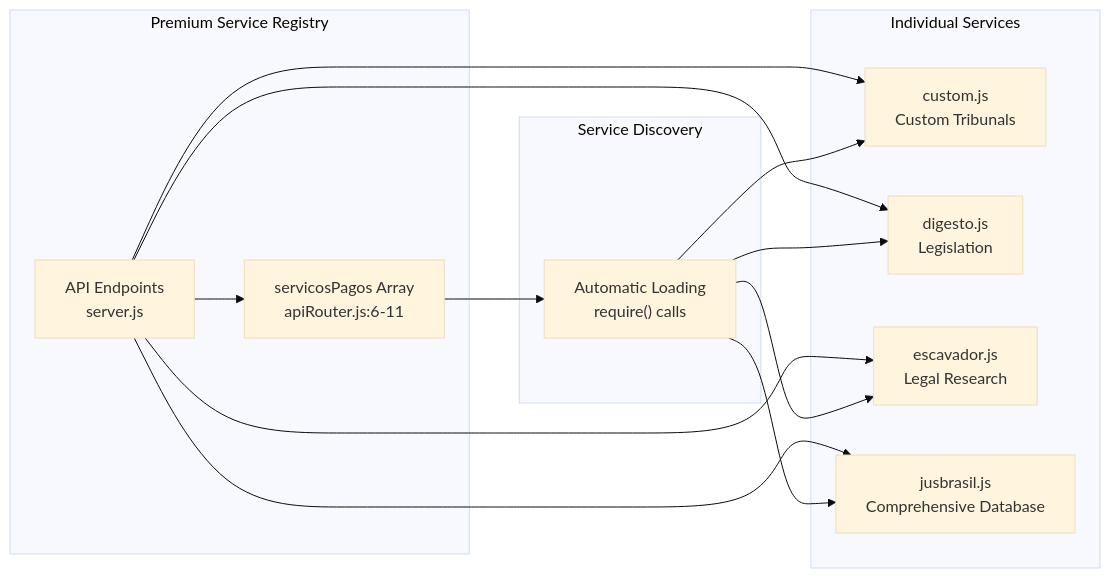
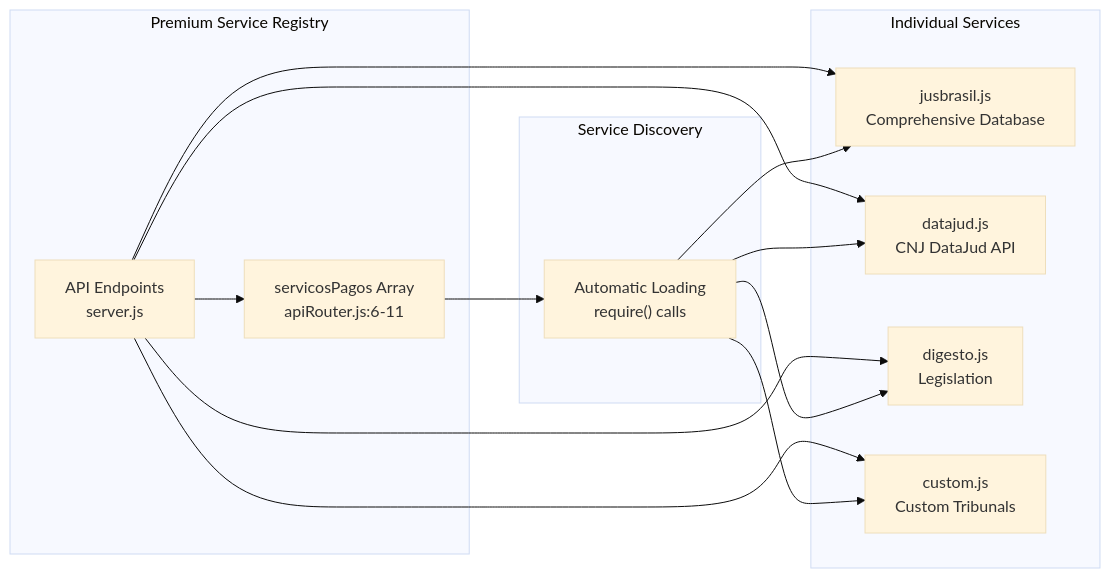
One commit to Alexandrexicara/bot-processos changed the eighth of 16 diagrams in .qoder/repowiki/en/content/API Integration Layer/API Integration Layer.md. Above: the diagram before and after it, drawn with Mermaid (base theme). The commit also changed other lines of this file and 10 other files, not shown here.

````diff
--- a/.qoder/repowiki/en/content/API Integration Layer/API Integration Layer.md
+++ b/.qoder/repowiki/en/content/API Integration Layer/API Integration Layer.md
@@ -474,26 +457,26 @@
 ```mermaid
 graph LR
 subgraph "Premium Service Registry"
 REGISTRY["servicosPagos Array<br/>apiRouter.js:6-11"]
 ENDPOINT["API Endpoints<br/>server.js"]
 ENDPOINT --> REGISTRY
 end
 subgraph "Individual Services"
+JUSBRASIL["jusbrasil.js<br/>Comprehensive Database"]
+DATAJUD["datajud.js<br/>CNJ DataJud API"]
+DIGESTO["digesto.js<br/>Legislation"]
 CUSTOM["custom.js<br/>Custom Tribunals"]
-DIGESTO["digesto.js<br/>Legislation"]
-ESCAVADOR["escavador.js<br/>Legal Research"]
-JUSBRASIL["jusbrasil.js<br/>Comprehensive Database"]
+ENDPOINT --> JUSBRASIL
+ENDPOINT --> DATAJUD
+ENDPOINT --> DIGESTO
 ENDPOINT --> CUSTOM
-ENDPOINT --> DIGESTO
-ENDPOINT --> ESCAVADOR
-ENDPOINT --> JUSBRASIL
 end
 subgraph "Service Discovery"
 DISCOVERY["Automatic Loading<br/>require() calls"]
 REGISTRY --> DISCOVERY
+DISCOVERY --> JUSBRASIL
+DISCOVERY --> DATAJUD
+DISCOVERY --> DIGESTO
 DISCOVERY --> CUSTOM
-DISCOVERY --> DIGESTO
-DISCOVERY --> ESCAVADOR
-DISCOVERY --> JUSBRASIL
 end
 ```
````
